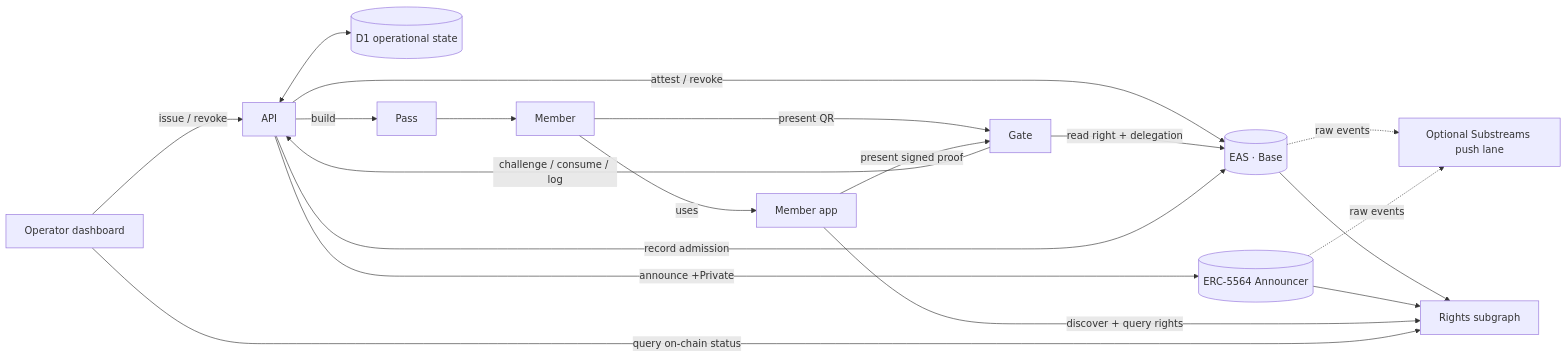
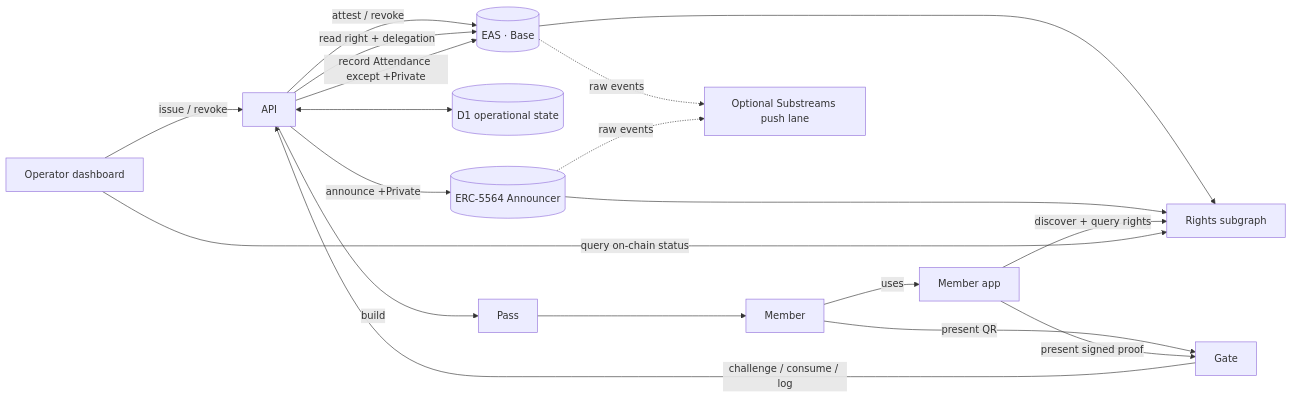
The diagram in docs/architecture.md (oboroxyz/fuda-sh), drawn with Mermaid before and after one commit. The commit also changed other lines of this file and 9 other files, not shown here.

````diff
--- a/docs/architecture.md
+++ b/docs/architecture.md
@@ -8,21 +8,21 @@
 ```mermaid
 flowchart LR
     D[Operator dashboard] -->|issue / revoke| API[API]
     API -->|attest / revoke| EAS[(EAS · Base)]
     API <--> D1[(D1 operational state)]
     API -->|build| P[Pass]
     API -->|announce +Private| AN[(ERC-5564 Announcer)]
     P --> M[Member]
     M -->|present QR| G[Gate]
     M -->|uses| A[Member app]
     A -->|present signed proof| G
     EAS --> Q[Rights subgraph]
     AN --> Q
     A -->|discover + query rights| Q
     D -->|query on-chain status| Q
     EAS -. raw events .-> S[Optional Substreams push lane]
     AN -. raw events .-> S
-    G -->|read right + delegation| EAS
+    API -->|read right + delegation| EAS
     G -->|challenge / consume / log| API
-    API -->|record admission| EAS
+    API -->|record Attendance except +Private| EAS
 ```
````
